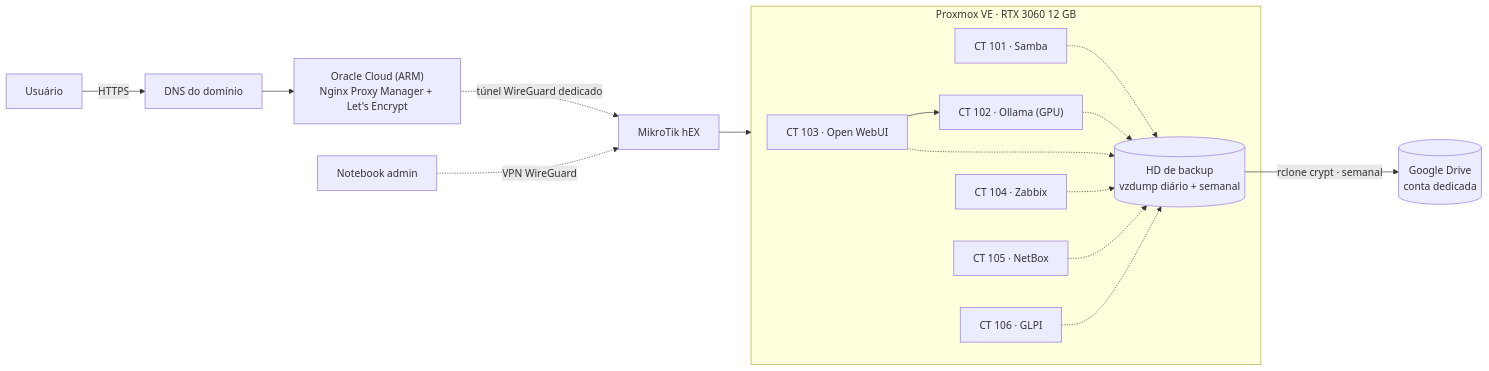
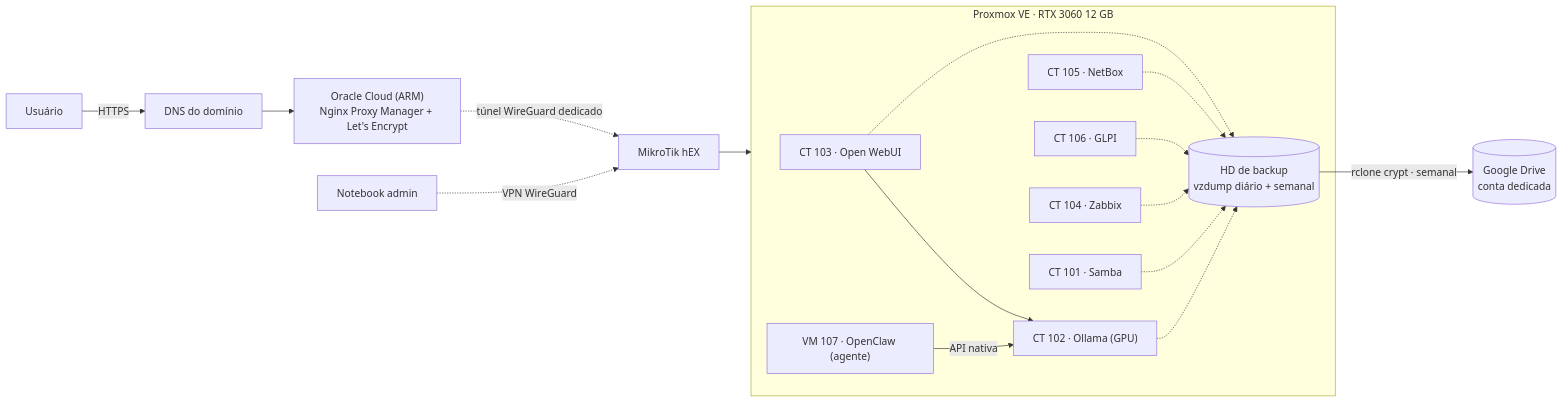
One commit to FelpsAlmeid/homelab-infra changed the diagram in README.md. Above: the diagram before and after it, drawn with Mermaid. The commit also changed other lines of this file and 3 other files, not shown here.

````diff
--- a/README.md
+++ b/README.md
@@ -11,20 +11,21 @@
 ```mermaid
 flowchart LR
     U[Usuário] -->|HTTPS| D[DNS do domínio]
     D --> O["Oracle Cloud (ARM)<br/>Nginx Proxy Manager + Let's Encrypt"]
     O -.->|túnel WireGuard dedicado| M[MikroTik hEX]
     N[Notebook admin] -.->|VPN WireGuard| M
     M --> P
 
     subgraph P["Proxmox VE · RTX 3060 12 GB"]
       W["CT 103 · Open WebUI"] --> L["CT 102 · Ollama (GPU)"]
       NB["CT 105 · NetBox"]
       G["CT 106 · GLPI"]
       Z["CT 104 · Zabbix"]
       S["CT 101 · Samba"]
+      A["VM 107 · OpenClaw (agente)"] -->|"API nativa"| L
       HD[("HD de backup<br/>vzdump diário + semanal")]
       S & L & W & Z & NB & G -.-> HD
     end
 
     HD -->|"rclone crypt · semanal"| GD[("Google Drive<br/>conta dedicada")]
 ```
````
